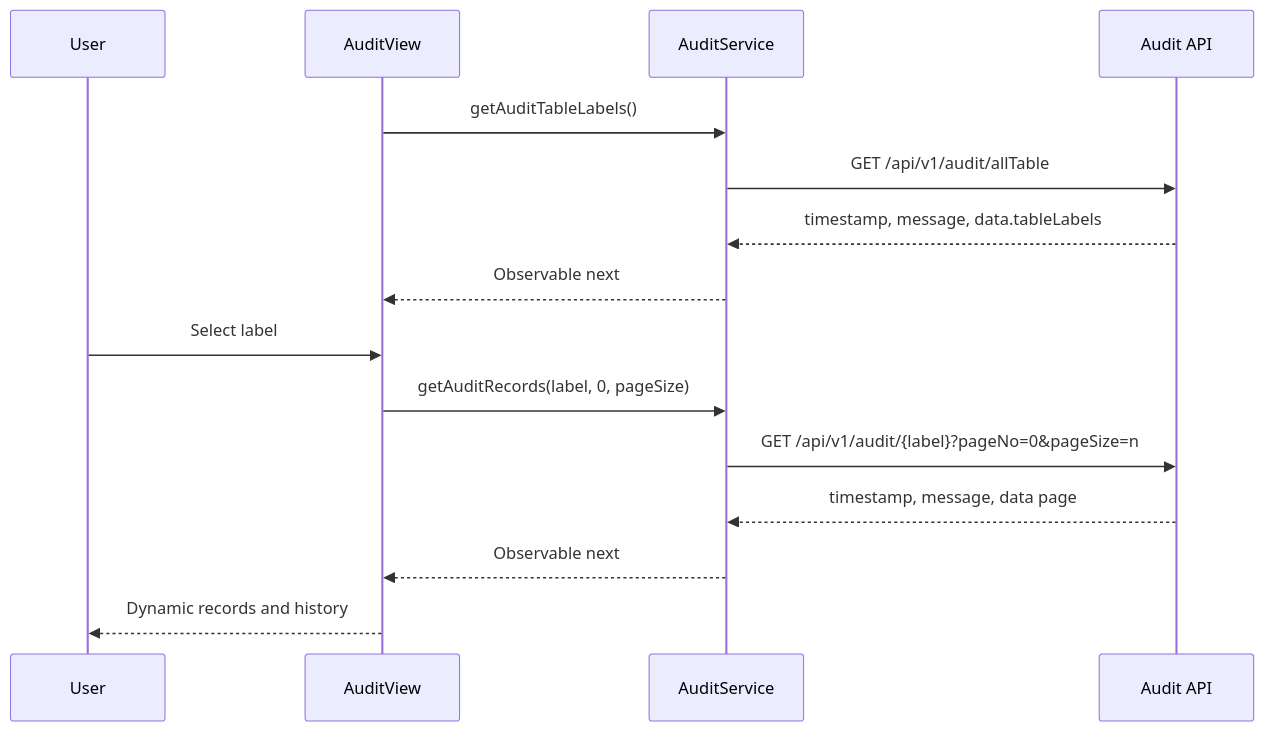
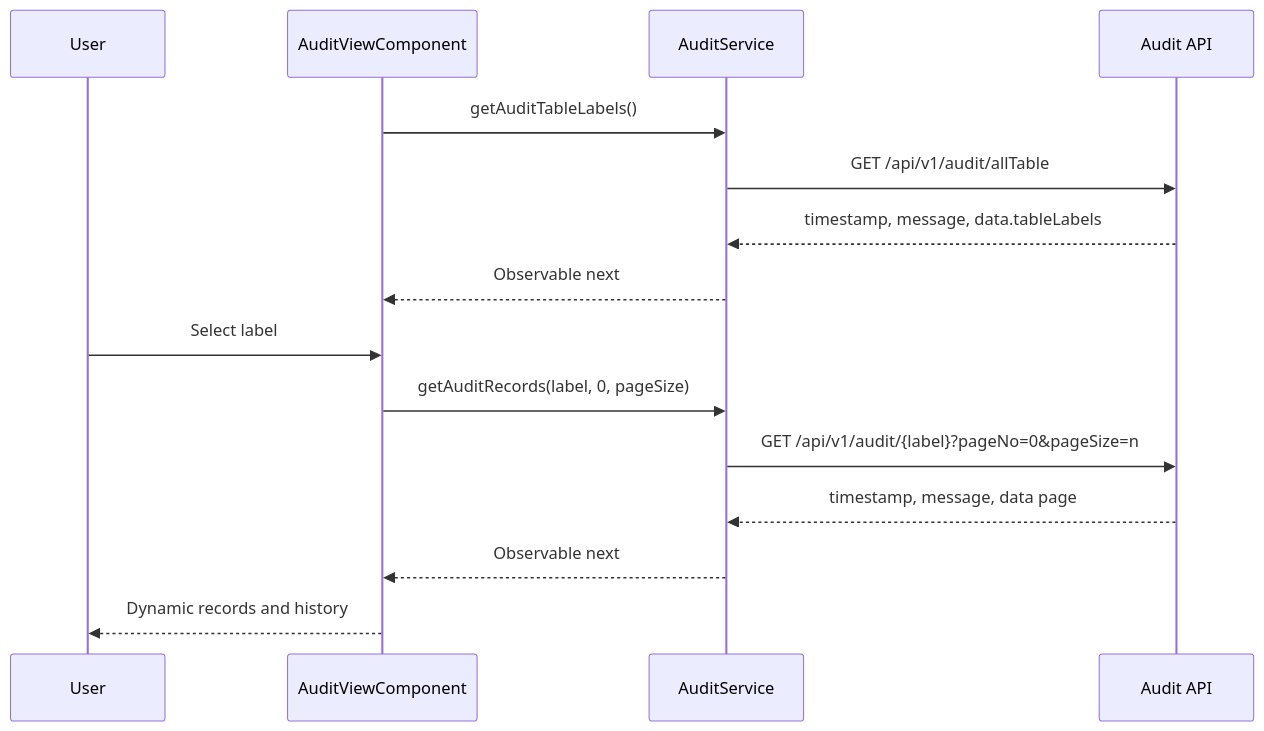
One commit to MrAkashKumar/audit-fronted changed the second of 2 diagrams in docs/ARCHITECTURE.md. Above: the diagram before and after it, drawn with Mermaid. The commit also changed other lines of this file and 14 other files, not shown here.

````diff
--- a/docs/ARCHITECTURE.md
+++ b/docs/ARCHITECTURE.md
@@ -47,18 +47,18 @@
 ```mermaid
 sequenceDiagram
     participant User
-    participant View as AuditView
+    participant View as AuditViewComponent
     participant Service as AuditService
     participant API as Audit API
 
     View->>Service: getAuditTableLabels()
     Service->>API: GET /api/v1/audit/allTable
     API-->>Service: timestamp, message, data.tableLabels
     Service-->>View: Observable next
     User->>View: Select label
     View->>Service: getAuditRecords(label, 0, pageSize)
     Service->>API: GET /api/v1/audit/{label}?pageNo=0&pageSize=n
     API-->>Service: timestamp, message, data page
     Service-->>View: Observable next
     View-->>User: Dynamic records and history
 ```
````
